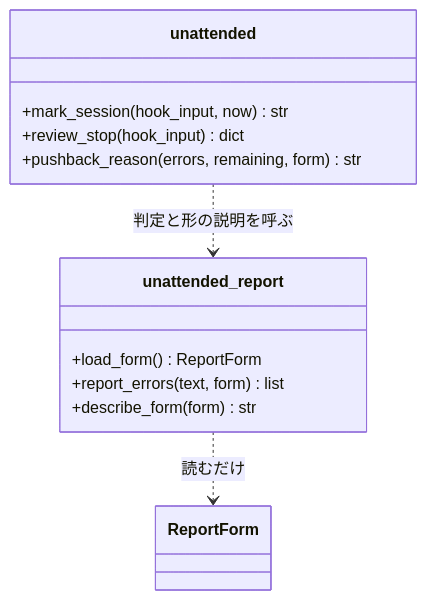
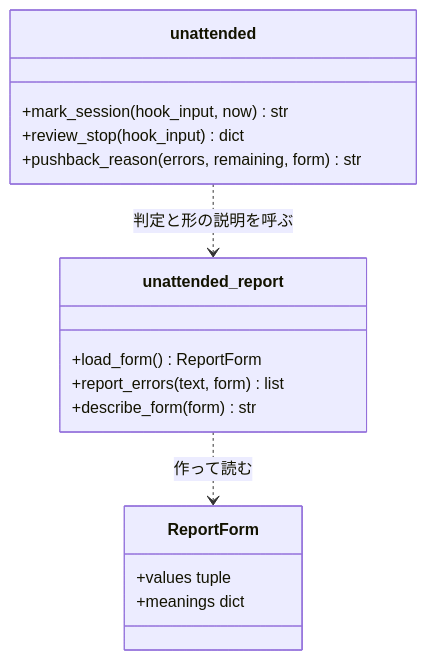
The second of 3 diagrams in issues/issue-3329-design.md (devbasex/ai-plugins), drawn with Mermaid before and after one commit. The commit also changed other lines of this file and 1 other file, not shown here.

Commit message:
Docs: #3329 の詳細設計（形の説明を作る関数・差し戻しの文と案内の組み立て・上限の後の記録を関数の粒度へ下ろす）
設計の「構造」に、ReportForm へ値の意味の欄を足すことを書き足した（形の説明が値の意味を載せ、契約の読み込みを 1 回に保つため）。

````diff
--- a/issues/issue-3329-design.md
+++ b/issues/issue-3329-design.md
@@ -172,16 +172,19 @@
 ```mermaid
 classDiagram
     class unattended_report {
         +load_form() ReportForm
         +report_errors(text, form) list
         +describe_form(form) str
     }
     class unattended {
         +mark_session(hook_input, now) str
         +review_stop(hook_input) dict
         +pushback_reason(errors, remaining, form) str
     }
-    class ReportForm
+    class ReportForm {
+        +values tuple
+        +meanings dict
+    }
     unattended ..> unattended_report: 判定と形の説明を呼ぶ
-    unattended_report ..> ReportForm: 読むだけ
+    unattended_report ..> ReportForm: 作って読む
 ```
````
